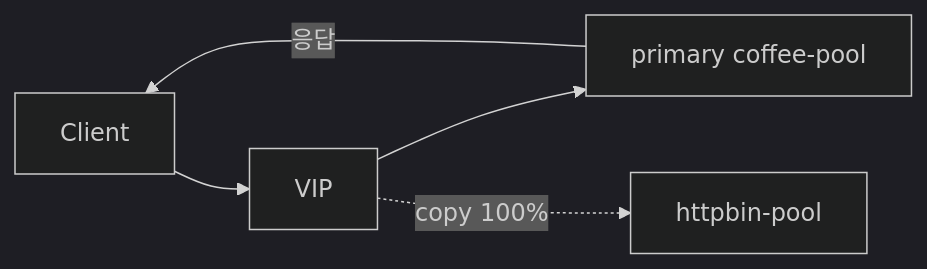
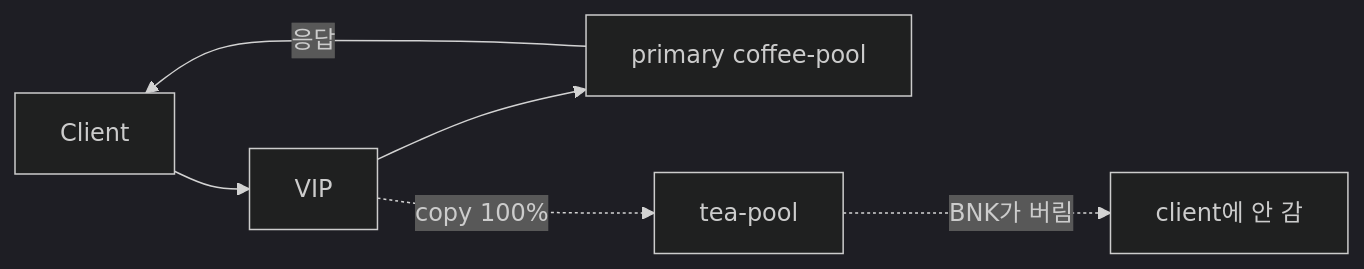
The diagram in HTTP_Routing/2.27_HTTPRequestMirror/README.md (mink0119/2609_f5bnk), drawn with Mermaid (dark theme) before and after one commit. The commit also changed other lines of this file and 15 other files, not shown here.

````diff
--- a/HTTP_Routing/2.27_HTTPRequestMirror/README.md
+++ b/HTTP_Routing/2.27_HTTPRequestMirror/README.md
@@ -5,7 +6,8 @@
 ```mermaid
 flowchart LR
   C[Client] --> VIP[VIP]
   VIP --> P1["primary coffee-pool"]
-  VIP -.->|copy 100%| P3[httpbin-pool]
+  VIP -.->|copy 100%| P2[tea-pool]
   P1 -->|응답| C
+  P2 -.->|BNK가 버림| X[client에 안 감]
 ```
````
